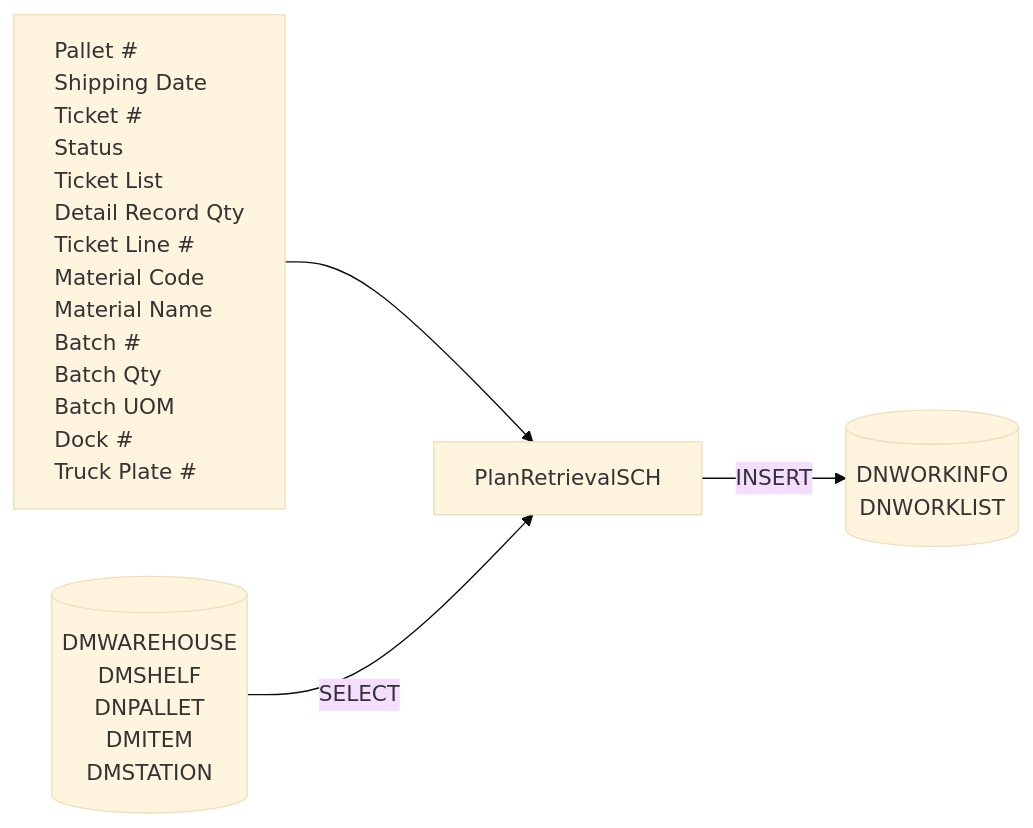
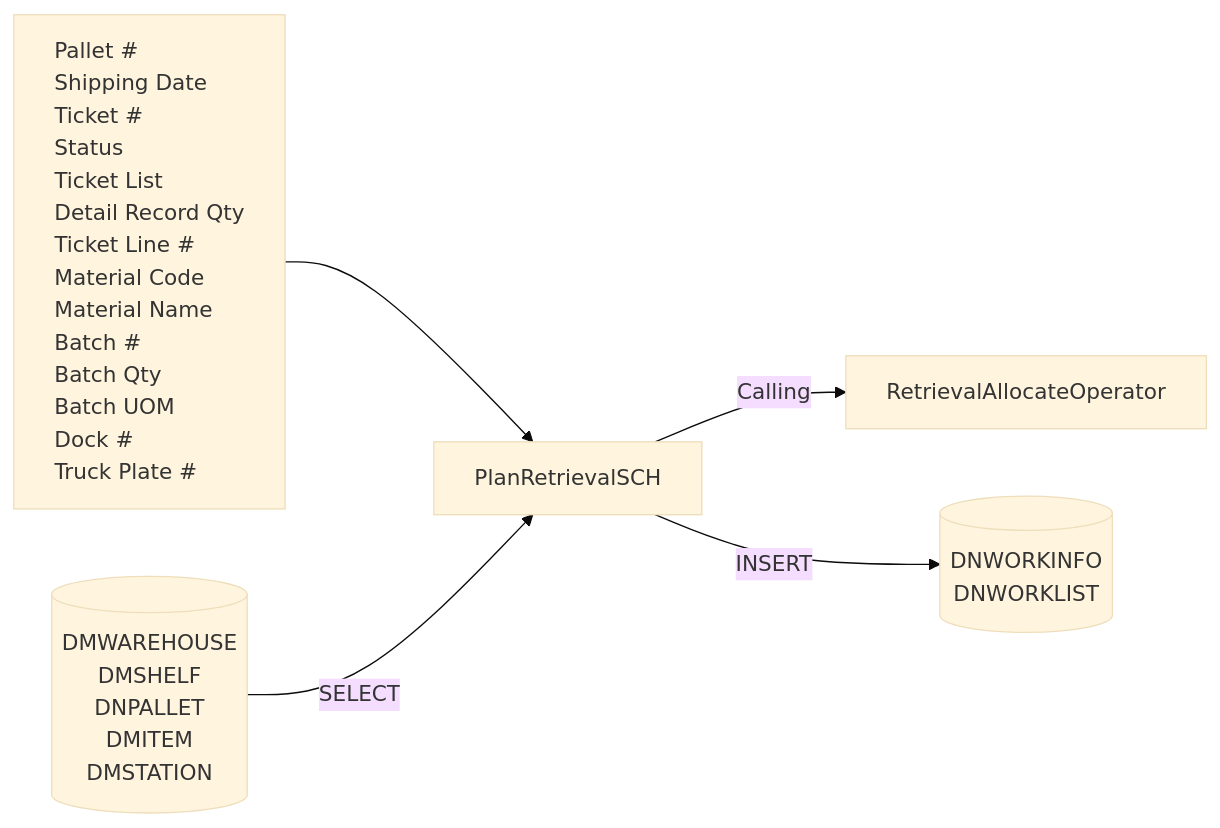
Before and after one commit to luthfiadityaa/SimeDarby-Wiki: the third of 11 diagrams in Basic-Design/DFD-WMS/Retrieval/Planned-Retrieval-to-HP-Area.md, drawn with Mermaid (base theme).

Commit message:
Updated Planned Retrieval to HP Area

```diff
--- a/Basic-Design/DFD-WMS/Retrieval/Planned-Retrieval-to-HP-Area.md
+++ b/Basic-Design/DFD-WMS/Retrieval/Planned-Retrieval-to-HP-Area.md
@@ -116,40 +116,41 @@
 ::: mermaid
 flowchart LR
     input[
         Pallet #
         Shipping Date
         Ticket #
         Status
         Ticket List
         Detail Record Qty
         Ticket Line #
         Material Code
         Material Name
         Batch #
         Batch Qty
         Batch UOM
         Dock #
         Truck Plate #    
     ]
 
     tableList-insert[("
         DNWORKINFO
         DNWORKLIST
     ")]
 
      tableList-select[("
         DMWAREHOUSE
         DMSHELF
         DNPALLET
         DMITEM
         DMSTATION
     ")]
 
     className[PlanRetrievalSCH]
+    className--> |Calling| methodName[RetrievalAllocateOperator]
 
     input --> className --> |INSERT| tableList-insert
     tableList-select --> |SELECT| className
 
     classDef leftAlign text-align:left;
     class input leftAlign;
 :::
```
